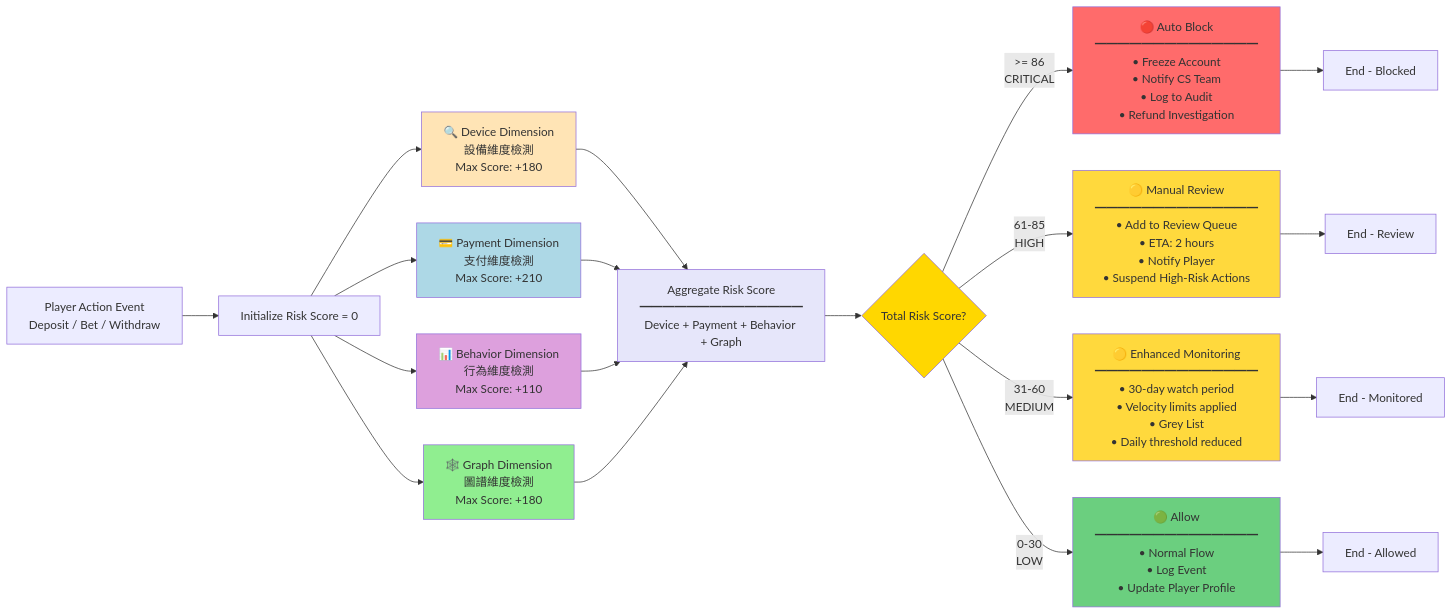
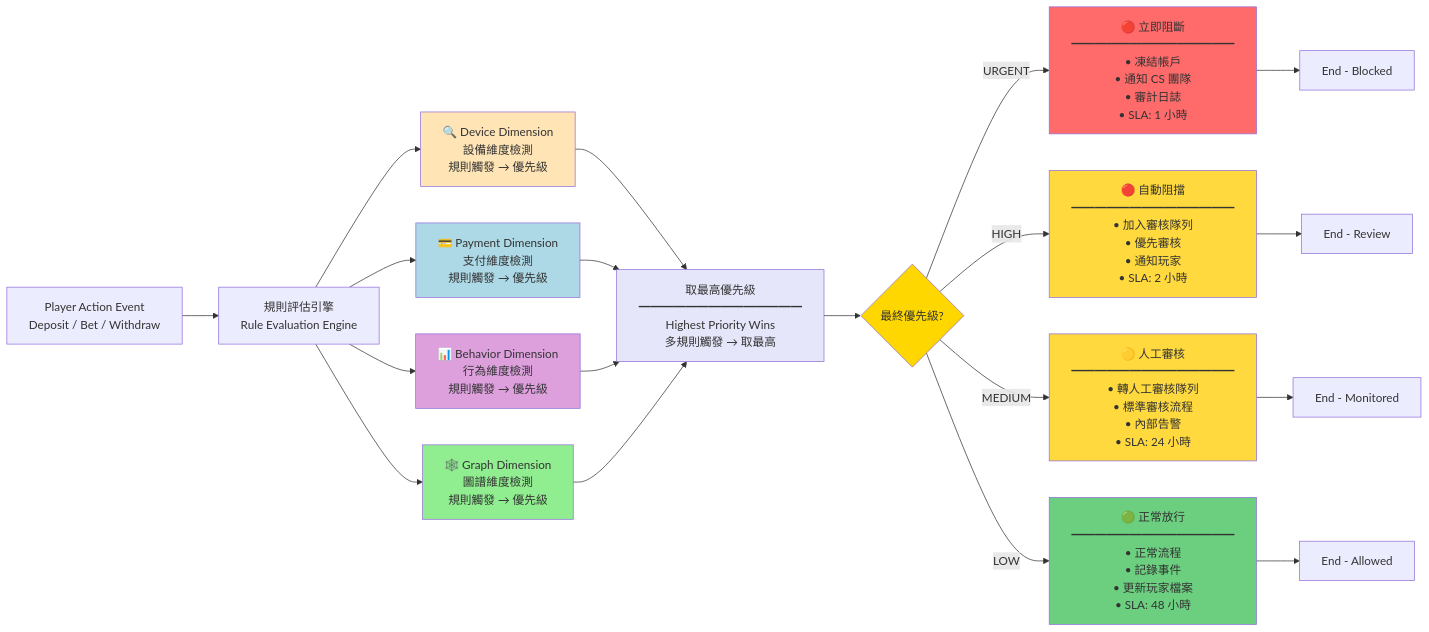
The second of 6 diagrams in docs/iGaming/04_Risk_Control/04-01_Risk_Framework.md (ron03wlb/smart-admin), drawn with Mermaid before and after one commit. The commit also changed other lines of this file and 275 other files, not shown here.

First line of the commit message:
docs(v4.1.0): sync all .claude/ .agent/ docs to 6-layer modular architecture

````diff
--- a/docs/iGaming/04_Risk_Control/04-01_Risk_Framework.md
+++ b/docs/iGaming/04_Risk_Control/04-01_Risk_Framework.md
@@ -174,37 +173,37 @@
 ```mermaid
 flowchart LR
-    START["Player Action Event<br/>Deposit / Bet / Withdraw"] --> INIT[Initialize Risk Score = 0]
+    START["Player Action Event<br/>Deposit / Bet / Withdraw"] --> EVAL[規則評估引擎<br/>Rule Evaluation Engine]
 
-    INIT --> D1["🔍 Device Dimension<br/>設備維度檢測<br/>Max Score: +180"]
-    INIT --> D2["💳 Payment Dimension<br/>支付維度檢測<br/>Max Score: +210"]
-    INIT --> D3["📊 Behavior Dimension<br/>行為維度檢測<br/>Max Score: +110"]
-    INIT --> D4["🕸️ Graph Dimension<br/>圖譜維度檢測<br/>Max Score: +180"]
+    EVAL --> D1["🔍 Device Dimension<br/>設備維度檢測<br/>規則觸發 → 優先級"]
+    EVAL --> D2["💳 Payment Dimension<br/>支付維度檢測<br/>規則觸發 → 優先級"]
+    EVAL --> D3["📊 Behavior Dimension<br/>行為維度檢測<br/>規則觸發 → 優先級"]
+    EVAL --> D4["🕸️ Graph Dimension<br/>圖譜維度檢測<br/>規則觸發 → 優先級"]
 
-    D1 --> AGG["Aggregate Risk Score<br/>━━━━━━━━━━━━━━<br/>Device + Payment + Behavior + Graph"]
+    D1 --> AGG["取最高優先級<br/>━━━━━━━━━━━━━━<br/>Highest Priority Wins<br/>多規則觸發 → 取最高"]
     D2 --> AGG
     D3 --> AGG
     D4 --> AGG
 
-    AGG --> DECISION{Total Risk Score?}
+    AGG --> DECISION{最終優先級?}
 
-    DECISION -->|>= 86<br/>CRITICAL| ACTION1["🔴 Auto Block<br/>━━━━━━━━━━━━━━<br/>• Freeze Account<br/>• Notify CS Team<br/>• Log to Audit<br/>• Refund Investigation"]
-    DECISION -->|61-85<br/>HIGH| ACTION2["🟡 Manual Review<br/>━━━━━━━━━━━━━━<br/>• Add to Review Queue<br/>• ETA: 2 hours<br/>• Notify Player<br/>• Suspend High-Risk Actions"]
-    DECISION -->|31-60<br/>MEDIUM| ACTION3["🟡 Enhanced Monitoring<br/>━━━━━━━━━━━━━━<br/>• 30-day watch period<br/>• Velocity limits applied<br/>• Grey List<br/>• Daily threshold reduced"]
-    DECISION -->|0-30<br/>LOW| ACTION4["🟢 Allow<br/>━━━━━━━━━━━━━━<br/>• Normal Flow<br/>• Log Event<br/>• Update Player Profile"]
+    DECISION -->|URGENT| ACTION1["🔴 立即阻斷<br/>━━━━━━━━━━━━━━<br/>• 凍結帳戶<br/>• 通知 CS 團隊<br/>• 審計日誌<br/>• SLA: 1 小時"]
+    DECISION -->|HIGH| ACTION2["🔴 自動阻擋<br/>━━━━━━━━━━━━━━<br/>• 加入審核隊列<br/>• 優先審核<br/>• 通知玩家<br/>• SLA: 2 小時"]
+    DECISION -->|MEDIUM| ACTION3["🟡 人工審核<br/>━━━━━━━━━━━━━━<br/>• 轉人工審核隊列<br/>• 標準審核流程<br/>• 內部告警<br/>• SLA: 24 小時"]
+    DECISION -->|LOW| ACTION4["🟢 正常放行<br/>━━━━━━━━━━━━━━<br/>• 正常流程<br/>• 記錄事件<br/>• 更新玩家檔案<br/>• SLA: 48 小時"]
 
     ACTION1 --> END1[End - Blocked]
     ACTION2 --> END2[End - Review]
     ACTION3 --> END3[End - Monitored]
     ACTION4 --> END4[End - Allowed]
 
     style D1 fill:#FFE4B5
     style D2 fill:#ADD8E6
     style D3 fill:#DDA0DD
     style D4 fill:#90EE90
     style AGG fill:#E6E6FA
     style DECISION fill:#FFD700
     style ACTION1 fill:#FF6B6B
     style ACTION2 fill:#FFD93D
     style ACTION3 fill:#FFD93D
     style ACTION4 fill:#6BCF7F
 ```
````
